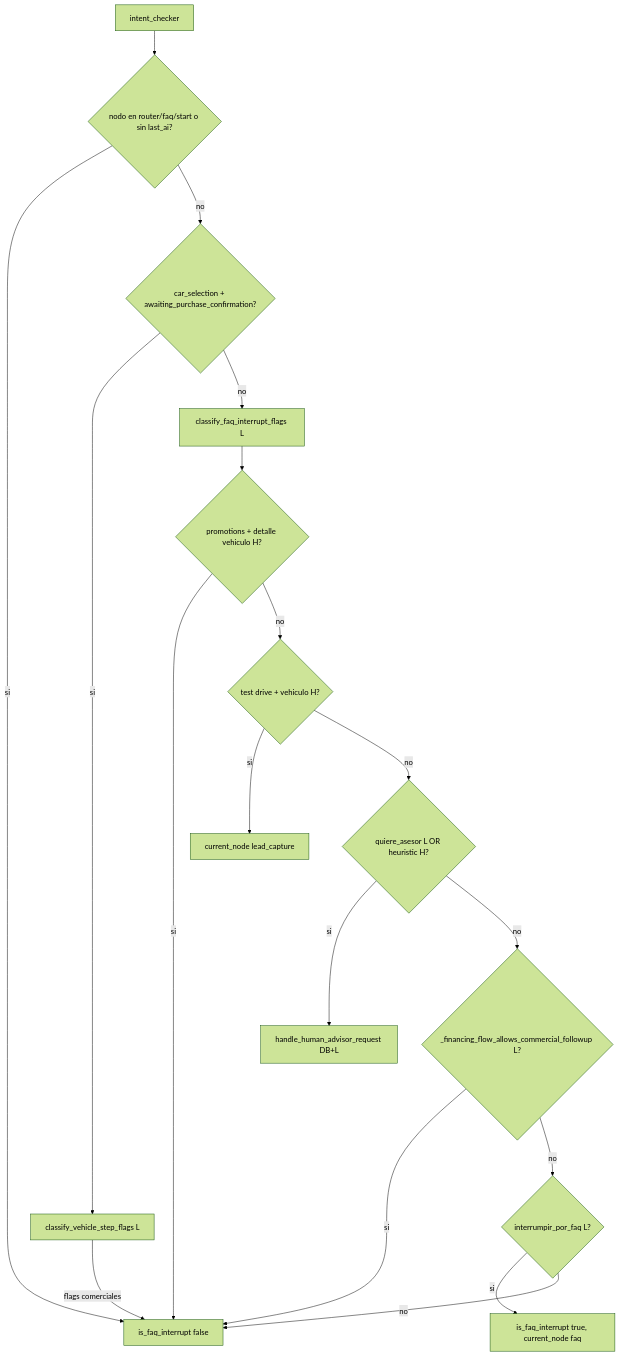
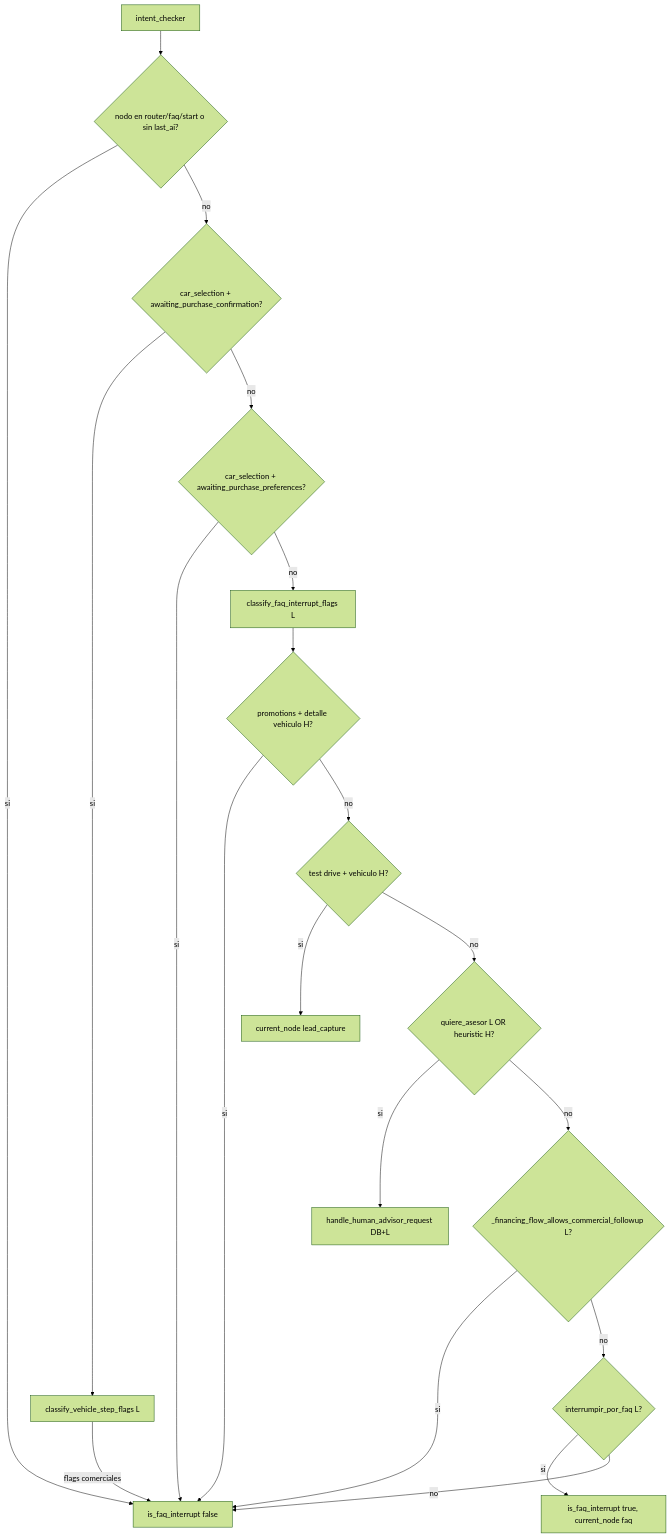
One commit to JoseManuelGdlO/car-advisor-bot changed the fourth of 10 diagrams in bot/docs/flujo-completo.md. Above: the diagram before and after it, drawn with Mermaid (forest theme). The commit also changed other lines of this file and 8 other files, not shown here.

First line of the commit message:
feat: enhance vehicle selection flow with purchase preferences and technical sheet handling

````diff
--- a/bot/docs/flujo-completo.md
+++ b/bot/docs/flujo-completo.md
@@ -145,20 +145,22 @@
 ```mermaid
 flowchart TD
     entry[intent_checker] --> earlyExit{nodo en router/faq/start o sin last_ai?}
     earlyExit -->|si| noInterrupt[is_faq_interrupt false]
     earlyExit -->|no| purchaseConfirm{car_selection + awaiting_purchase_confirmation?}
     purchaseConfirm -->|si| vehicleFlags["classify_vehicle_step_flags L"]
     vehicleFlags -->|flags comerciales| noInterrupt
-    purchaseConfirm -->|no| faqFlags["classify_faq_interrupt_flags L"]
+    purchaseConfirm -->|no| purchasePrefs{car_selection + awaiting_purchase_preferences?}
+    purchasePrefs -->|si| noInterrupt
+    purchasePrefs -->|no| faqFlags["classify_faq_interrupt_flags L"]
     faqFlags --> promoOverride{promotions + detalle vehiculo H?}
     promoOverride -->|si| noInterrupt
     promoOverride -->|no| scheduling{test drive + vehiculo H?}
     scheduling -->|si| leadCapture[current_node lead_capture]
     scheduling -->|no| humanAdvisor{quiere_asesor L OR heuristic H?}
     humanAdvisor -->|si| handleAdvisor["handle_human_advisor_request DB+L"]
     humanAdvisor -->|no| financingNav{_financing_flow_allows_commercial_followup L?}
     financingNav -->|si| noInterrupt
     financingNav -->|no| faqDecision{interrumpir_por_faq L?}
     faqDecision -->|si| faqInterrupt["is_faq_interrupt true, current_node faq"]
     faqDecision -->|no| noInterrupt
 ```
````
